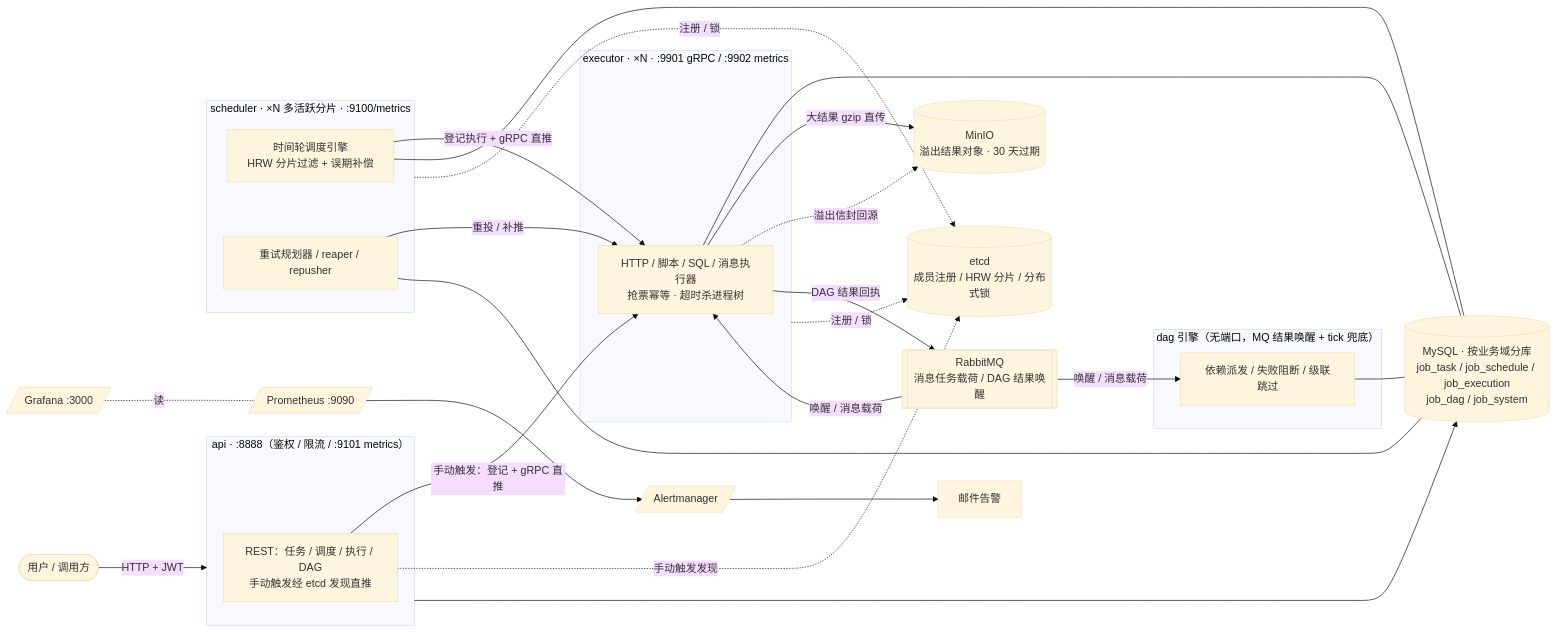
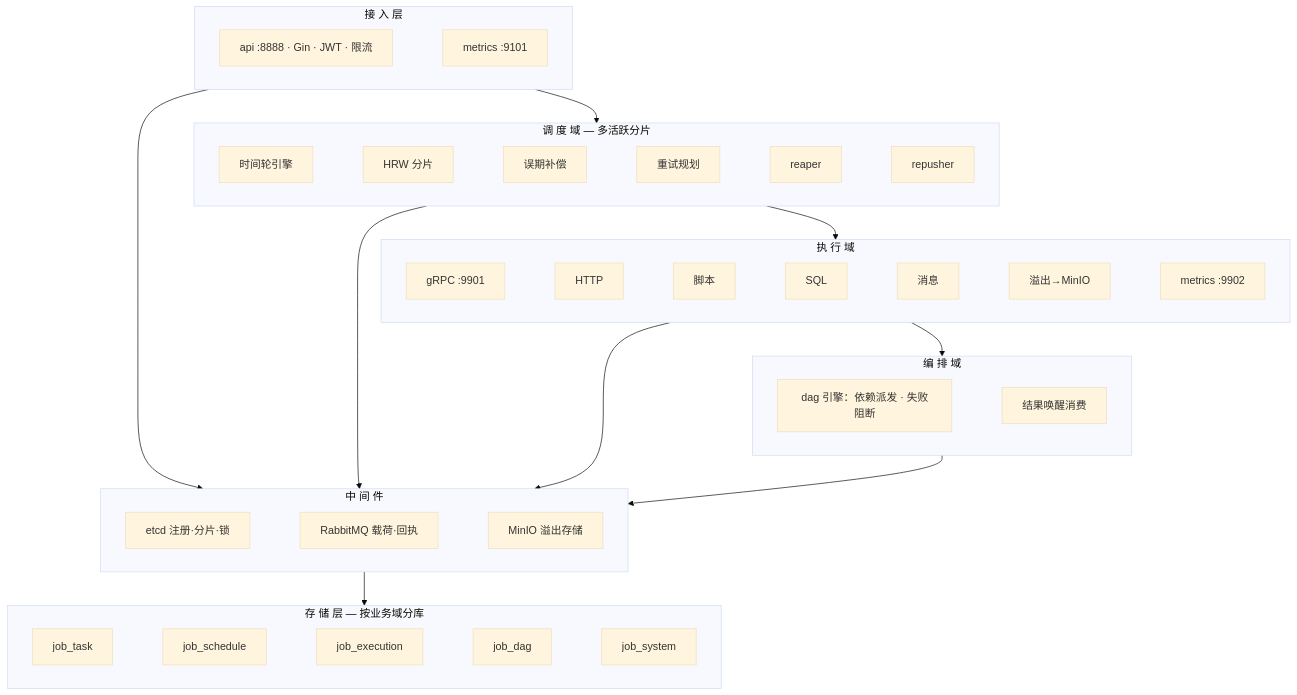
Before and after one commit to Better-thanyesterday/job-scheduler: the diagram in README.md, drawn with Mermaid (base theme). The commit also changed other lines of this file, not shown here.

Commit message:
docs: update project roadmap in readme

````diff
--- a/README.md
+++ b/README.md
@@ -44,40 +44,41 @@
 ```mermaid
-flowchart LR
-    user([用户 / 调用方]) -->|HTTP + JWT| api
-
-    subgraph api["api · :8888（鉴权 / 限流 / :9101 metrics）"]
-        A[REST：任务 / 调度 / 执行 / DAG<br>手动触发经 etcd 发现直推]
+flowchart TB
+    subgraph L1["接 入 层"]
+        direction LR
+        API["api :8888 · Gin · JWT · 限流"] ~~~ APIM["metrics :9101"]
     end
 
-    subgraph sched["scheduler · ×N 多活跃分片 · :9100/metrics"]
-        TW["时间轮调度引擎<br>HRW 分片过滤 + 误期补偿"]
-        RP["重试规划器 / reaper / repusher"]
+    subgraph L2["调 度 域 — 多活跃分片"]
+        direction LR
+        TW["时间轮引擎"] ~~~ HRW["HRW 分片"] ~~~ COMP["误期补偿"] ~~~ PLN["重试规划"] ~~~ REA["reaper"] ~~~ REP["repusher"]
     end
 
-    subgraph exec["executor · ×N · :9901 gRPC / :9902 metrics"]
-        E["HTTP / 脚本 / SQL / 消息执行器<br>抢票幂等 · 超时杀进程树"]
+    subgraph L3["执 行 域"]
+        direction LR
+        GRPC["gRPC :9901"] ~~~ E1["HTTP"] ~~~ E2["脚本"] ~~~ E3["SQL"] ~~~ E4["消息"] ~~~ SPM["溢出→MinIO"] ~~~ EXM["metrics :9902"]
     end
 
-    subgraph dagg["dag 引擎（无端口，MQ 结果唤醒 + tick 兜底）"]
-        DG["依赖派发 / 失败阻断 / 级联跳过"]
+    subgraph L4["编 排 域"]
+        direction LR
+        DAGE["dag 引擎：依赖派发 · 失败阻断"] ~~~ WAKE["结果唤醒消费"]
     end
 
-    DB[("MySQL · 按业务域分库<br>job_task / job_schedule / job_execution<br>job_dag / job_system")]
-    ETCD[("etcd<br>成员注册 / HRW 分片 / 分布式锁")]
-    MQ[["RabbitMQ<br>消息任务载荷 / DAG 结果唤醒"]]
-    MINIO[("MinIO<br>溢出结果对象 · 30 天过期")]
-    PROM[/Prometheus :9090/] --> AM[/Alertmanager/] --> MAIL[邮件告警]
-    GRAF[/Grafana :3000/] -.读.- PROM
+    subgraph L5["中 间 件"]
+        direction LR
+        ETCD["etcd 注册·分片·锁"] ~~~ MQB["RabbitMQ 载荷·回执"] ~~~ MINIOB["MinIO 溢出存储"]
+    end
 
-    api --> DB
-    A -- 手动触发：登记 + gRPC 直推 --> E
-    TW -- 登记执行 + gRPC 直推 --> E
-    RP -- 重投 / 补推 --> E
-    TW & RP & E & DG --- DB
-    sched & exec -. 注册 / 锁 .-> ETCD
-    A -. 手动触发发现 .-> ETCD
-    E -- 大结果 gzip 直传 --> MINIO
-    E -. 溢出信封回源 .-> MINIO
-    E -- DAG 结果回执 --> MQ
-    MQ -- 唤醒 / 消息载荷 --> DG & E
+    subgraph L6["存 储 层 — 按业务域分库"]
+        direction LR
+        DB1["job_task"] ~~~ DB2["job_schedule"] ~~~ DB3["job_execution"] ~~~ DB4["job_dag"] ~~~ DB5["job_system"]
+    end
+
+    L1 --> L2
+    L2 --> L3
+    L3 --> L4
+    L1 --> L5
+    L2 --> L5
+    L3 --> L5
+    L4 --> L5
+    L5 --> L6
 ```
````
